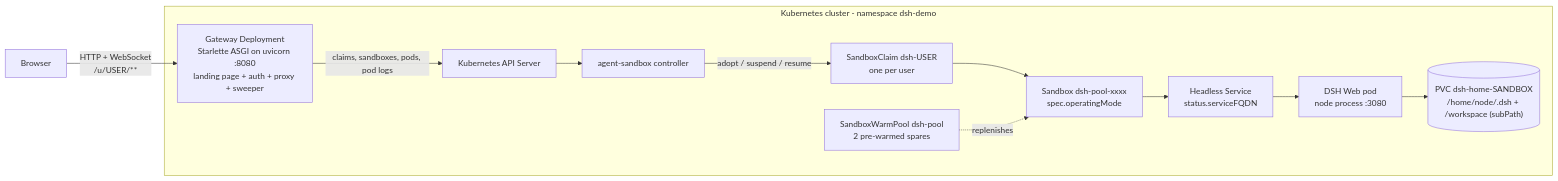
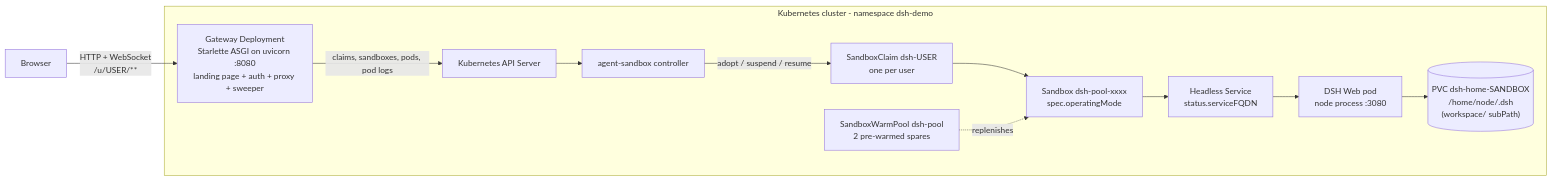
One commit to sredevopsorg/deepseek-kubernetes-sandbox changed the first of 5 diagrams in examples/dsh-agents-as-a-service/docs/architecture.md. Above: the diagram before and after it, drawn with Mermaid. The commit also changed other lines of this file and 22 other files, not shown here.

First line of the commit message:
fix(example): align workspace and HOME contract with the image (#64)

````diff
--- a/examples/dsh-agents-as-a-service/docs/architecture.md
+++ b/examples/dsh-agents-as-a-service/docs/architecture.md
@@ -15,26 +15,26 @@
 ```mermaid
 flowchart LR
     browser["Browser"]
 
     subgraph cluster["Kubernetes cluster - namespace dsh-demo"]
         gw["Gateway Deployment<br/>Starlette ASGI on uvicorn :8080<br/>landing page + auth + proxy + sweeper"]
         api["Kubernetes API Server"]
         ctrl["agent-sandbox controller"]
         pool["SandboxWarmPool dsh-pool<br/>2 pre-warmed spares"]
         claim["SandboxClaim dsh-USER<br/>one per user"]
         sb["Sandbox dsh-pool-xxxx<br/>spec.operatingMode"]
         svc["Headless Service<br/>status.serviceFQDN"]
         pod["DSH Web pod<br/>node process :3080"]
-        pvc[("PVC dsh-home-SANDBOX<br/>/home/node/.dsh + /workspace (subPath)")]
+        pvc[("PVC dsh-home-SANDBOX<br/>/home/node/.dsh<br/>(workspace/ subPath)")]
     end
 
     browser -->|"HTTP + WebSocket<br/>/u/USER/**"| gw
     gw -->|"claims, sandboxes, pods, pod logs"| api
     api --> ctrl
     ctrl -->|"adopt / suspend / resume"| claim
     claim --> sb
     pool -.->|"replenishes"| sb
     sb --> svc
     svc --> pod
     pod --> pvc
 ```
````
